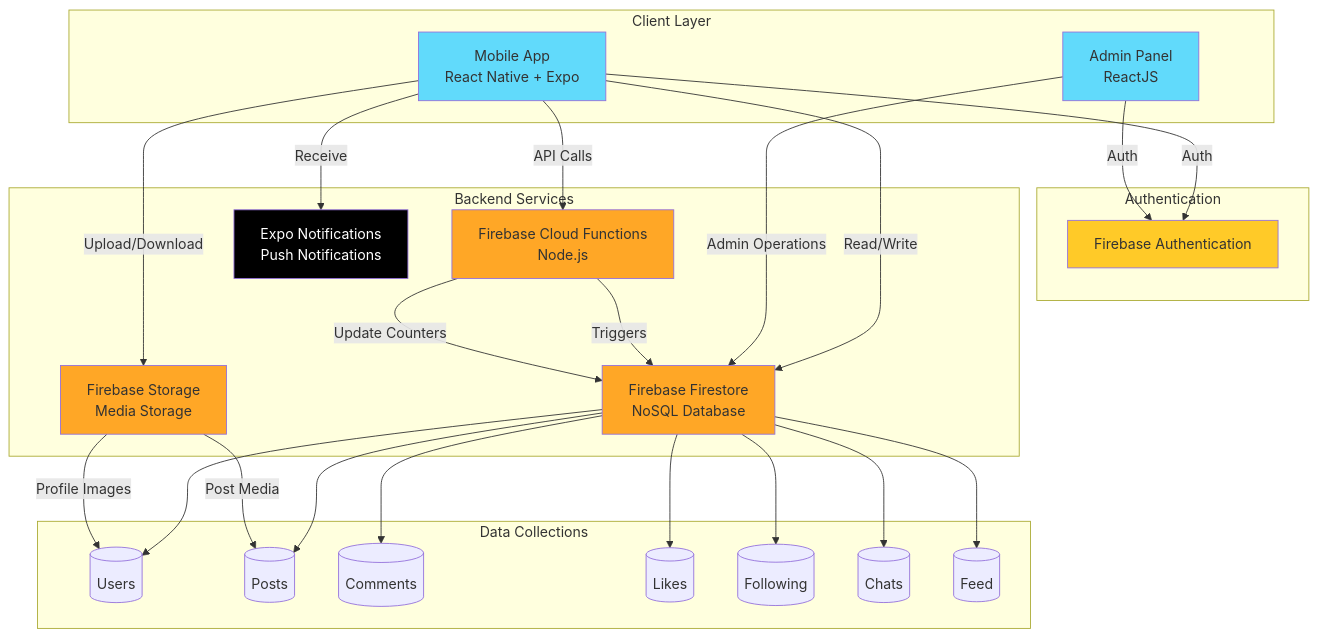
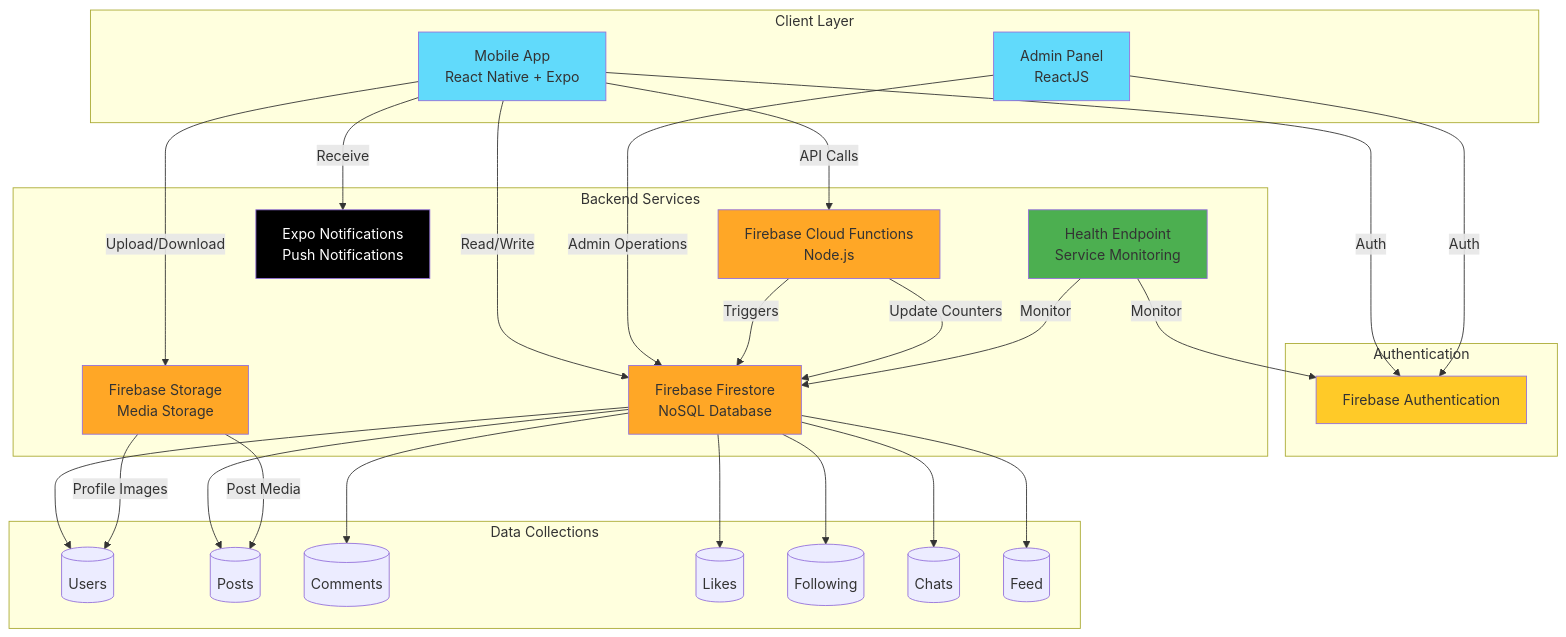
Before and after one commit to fc-wwt/InstagramClone: the first of 3 diagrams in docs/ARCHITECTURE.md, drawn with Mermaid. The commit also changed other lines of this file and 2 other files, not shown here.

First line of the commit message:
Document health endpoint in README and architecture docs

````diff
--- a/docs/ARCHITECTURE.md
+++ b/docs/ARCHITECTURE.md
@@ -21,58 +21,63 @@
 ```mermaid
 flowchart TB
     subgraph "Client Layer"
         A[Mobile App<br/>React Native + Expo]
         B[Admin Panel<br/>ReactJS]
     end
     
     subgraph "Authentication"
         C[Firebase Authentication]
     end
     
     subgraph "Backend Services"
         D[Firebase Cloud Functions<br/>Node.js]
         E[Firebase Firestore<br/>NoSQL Database]
         F[Firebase Storage<br/>Media Storage]
         G[Expo Notifications<br/>Push Notifications]
+        H[Health Endpoint<br/>Service Monitoring]
     end
     
     subgraph "Data Collections"
-        H[(Users)]
-        I[(Posts)]
-        J[(Comments)]
-        K[(Likes)]
-        L[(Following)]
-        M[(Chats)]
-        N[(Feed)]
+        I[(Users)]
+        J[(Posts)]
+        K[(Comments)]
+        L[(Likes)]
+        M[(Following)]
+        N[(Chats)]
+        O[(Feed)]
     end
     
     A -->|Auth| C
     B -->|Auth| C
     A -->|API Calls| D
     A -->|Read/Write| E
     A -->|Upload/Download| F
     A -->|Receive| G
     B -->|Admin Operations| E
     
     D -->|Triggers| E
     D -->|Update Counters| E
     
-    E --> H
+    H -->|Monitor| E
+    H -->|Monitor| C
+    
     E --> I
     E --> J
     E --> K
     E --> L
     E --> M
     E --> N
+    E --> O
     
-    F -->|Profile Images| H
-    F -->|Post Media| I
+    F -->|Profile Images| I
+    F -->|Post Media| J
     
     style A fill:#61dafb
     style B fill:#61dafb
     style C fill:#ffca28
     style D fill:#ffa726
     style E fill:#ffa726
     style F fill:#ffa726
     style G fill:#000000,color:#fff
+    style H fill:#4caf50
 ```
````
